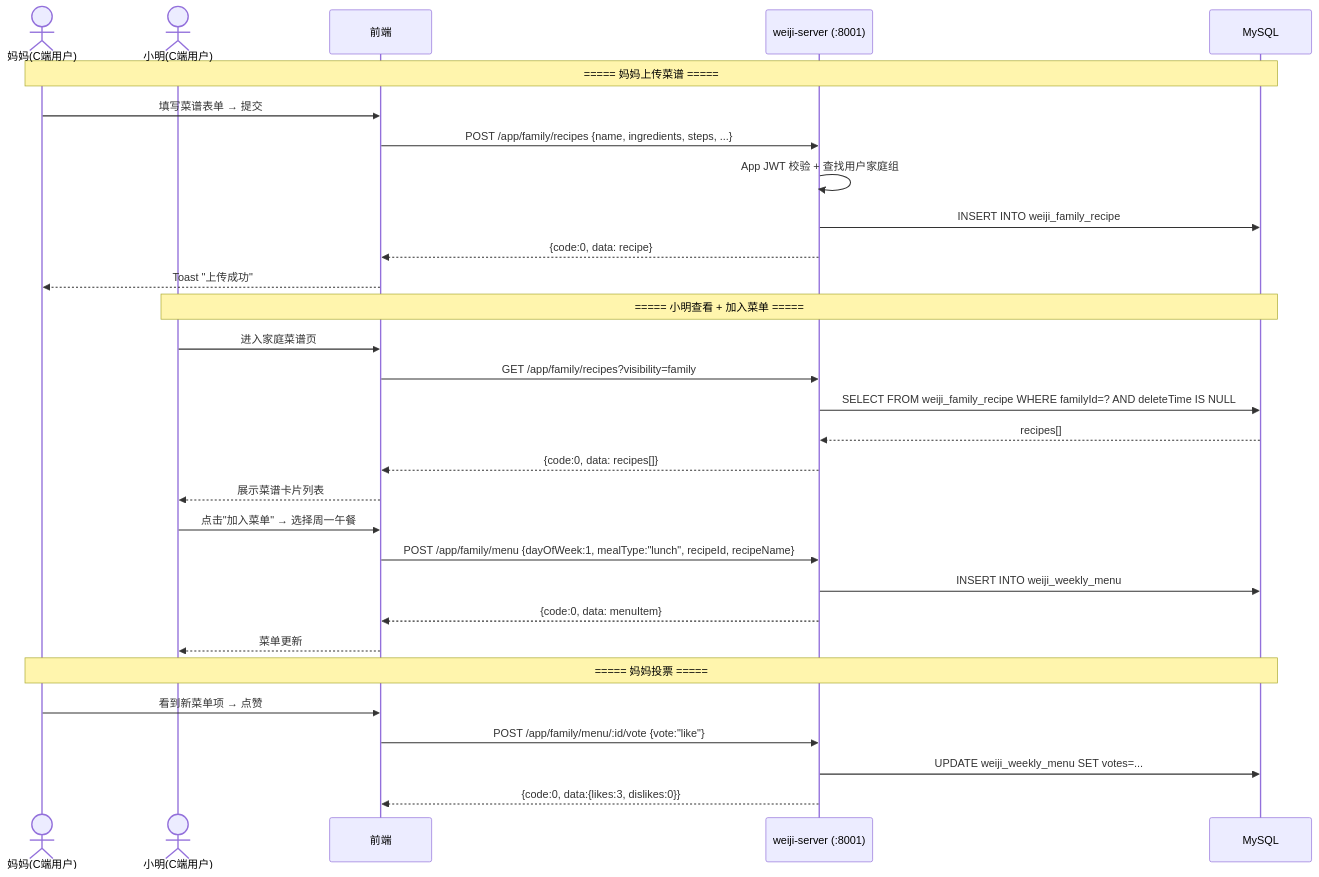
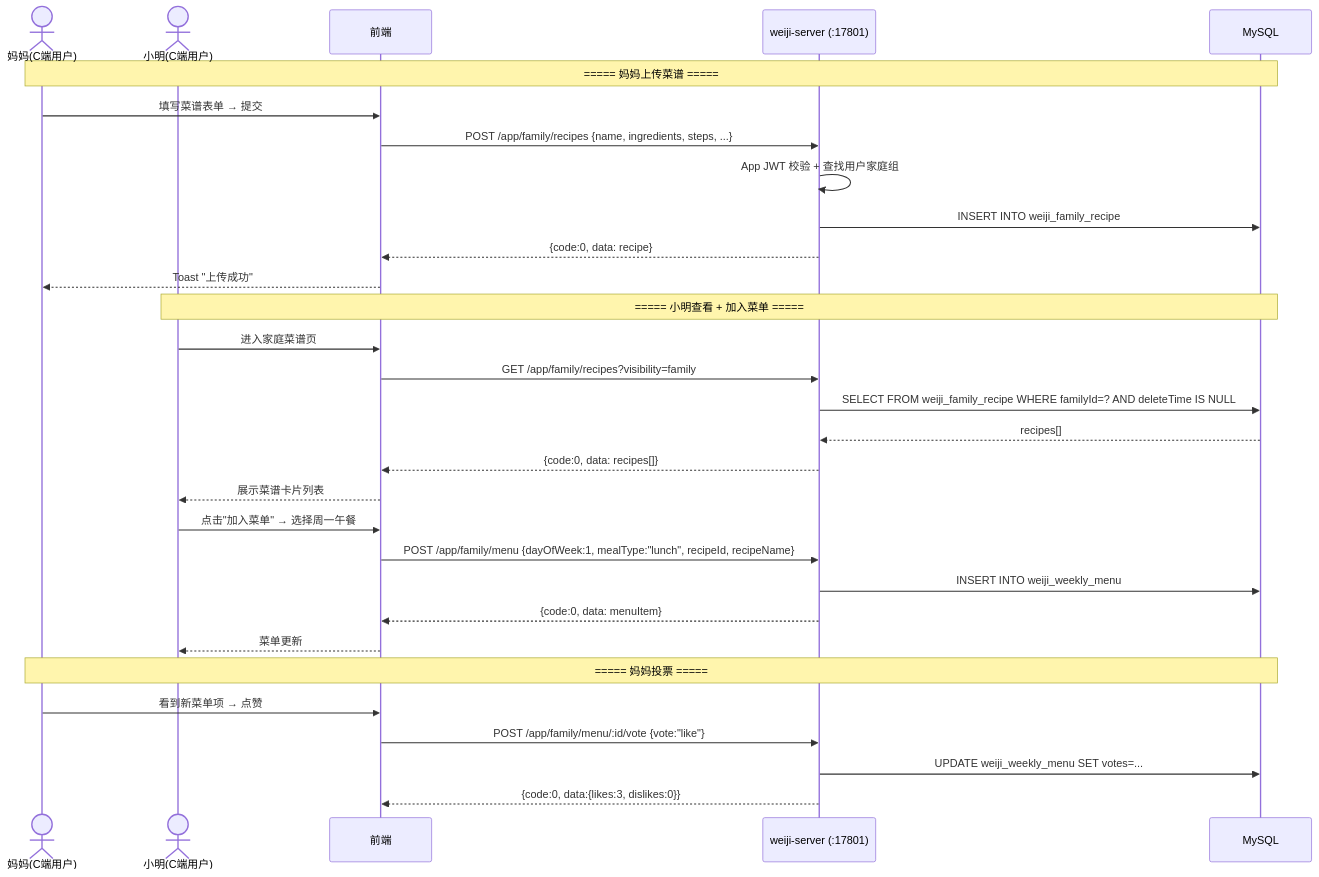
The third of 4 diagrams in docs/system_design_v2.md (12345VVA/AromaMemoir), drawn with Mermaid before and after one commit. The commit also changed other lines of this file and 29 other files, not shown here.

````diff
--- a/docs/system_design_v2.md
+++ b/docs/system_design_v2.md
@@ -1806,36 +1806,36 @@
 ```mermaid
 sequenceDiagram
     actor M as 妈妈(C端用户)
     actor D as 小明(C端用户)
     participant FE as 前端
-    participant BE as weiji-server (:8001)
+    participant BE as weiji-server (:17801)
     participant DB as MySQL
 
     Note over M,DB: ===== 妈妈上传菜谱 =====
     M->>FE: 填写菜谱表单 → 提交
     FE->>BE: POST /app/family/recipes {name, ingredients, steps, ...}
     BE->>BE: App JWT 校验 + 查找用户家庭组
     BE->>DB: INSERT INTO weiji_family_recipe
     BE-->>FE: {code:0, data: recipe}
     FE-->>M: Toast "上传成功"
 
     Note over D,DB: ===== 小明查看 + 加入菜单 =====
     D->>FE: 进入家庭菜谱页
     FE->>BE: GET /app/family/recipes?visibility=family
     BE->>DB: SELECT FROM weiji_family_recipe WHERE familyId=? AND deleteTime IS NULL
     DB-->>BE: recipes[]
     BE-->>FE: {code:0, data: recipes[]}
     FE-->>D: 展示菜谱卡片列表
 
     D->>FE: 点击"加入菜单" → 选择周一午餐
     FE->>BE: POST /app/family/menu {dayOfWeek:1, mealType:"lunch", recipeId, recipeName}
     BE->>DB: INSERT INTO weiji_weekly_menu
     BE-->>FE: {code:0, data: menuItem}
     FE-->>D: 菜单更新
 
     Note over M,DB: ===== 妈妈投票 =====
     M->>FE: 看到新菜单项 → 点赞
     FE->>BE: POST /app/family/menu/:id/vote {vote:"like"}
     BE->>DB: UPDATE weiji_weekly_menu SET votes=...
     BE-->>FE: {code:0, data:{likes:3, dislikes:0}}
 ```
````
